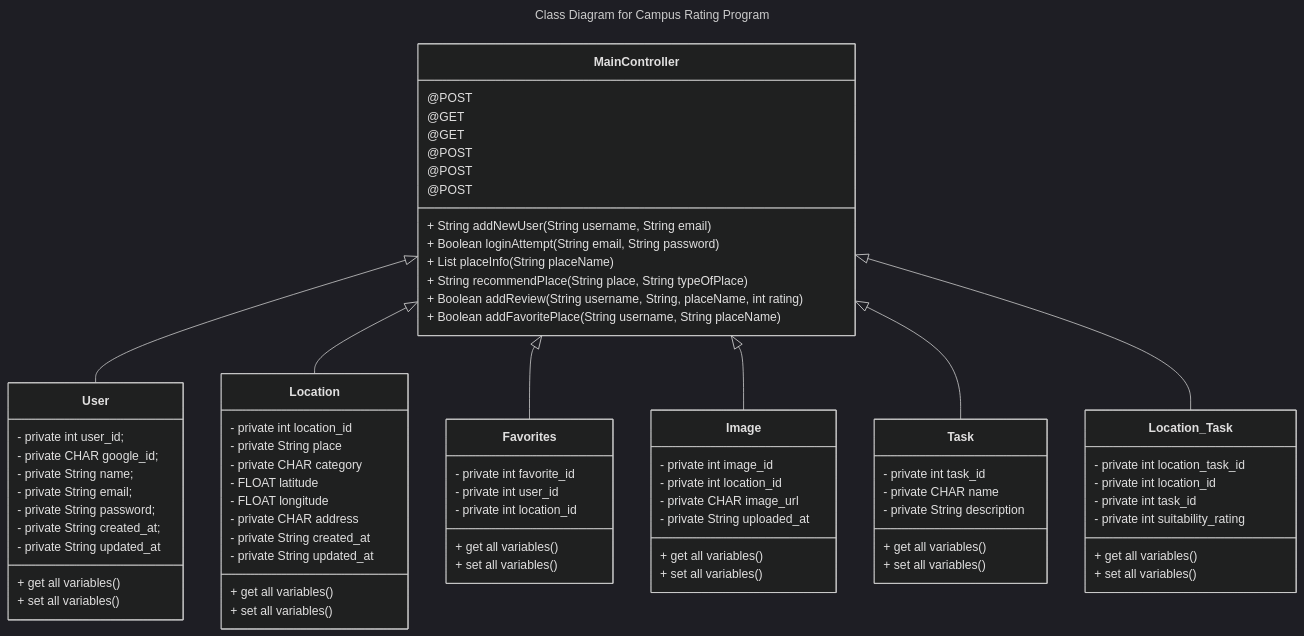
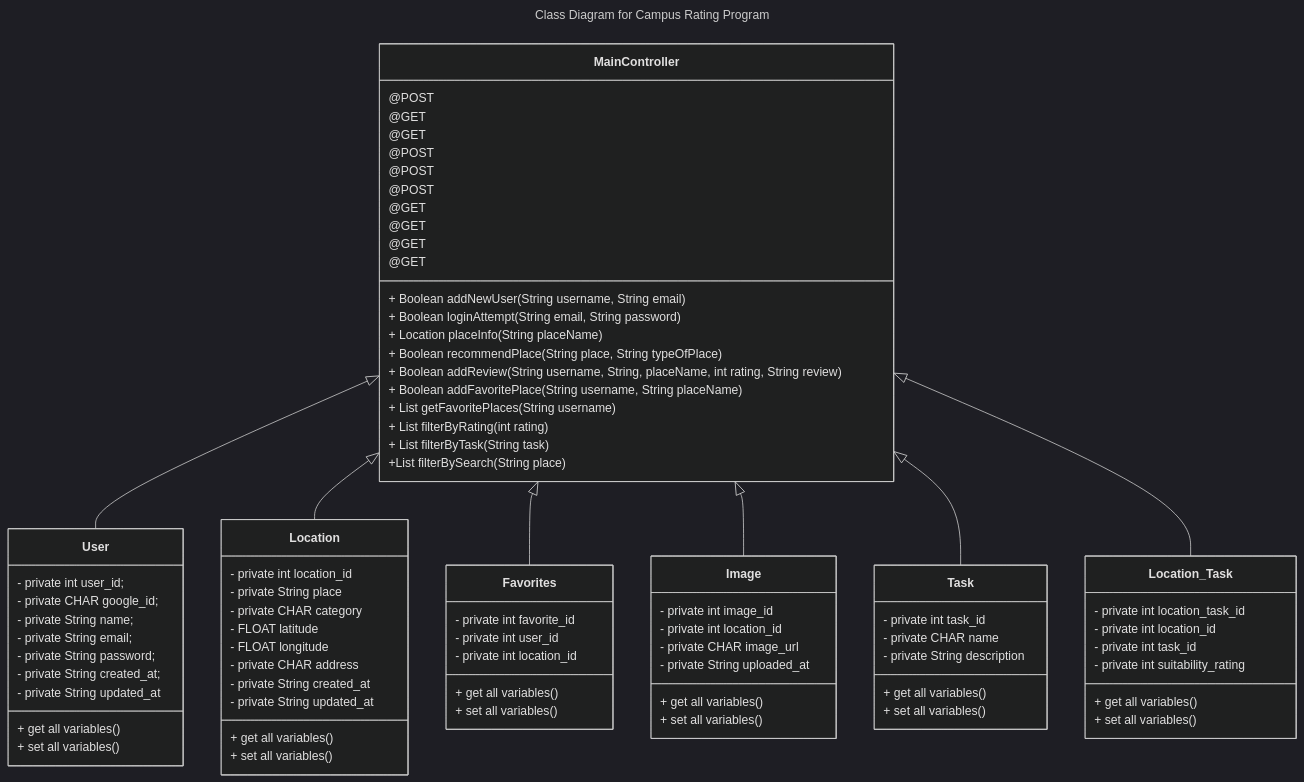
Before and after one commit to bjrodrigu/Project_08: the third of 6 diagrams in README.md, drawn with Mermaid (dark theme).

Commit message:
added more features to main controller

```diff
--- a/README.md
+++ b/README.md
@@ -206,17 +206,25 @@
     }
     class MainController {
         @POST
-        + String addNewUser(String username, String email)
+        + Boolean addNewUser(String username, String email)
         @GET
         + Boolean loginAttempt(String email, String password)
         @GET
-        + List<String> placeInfo(String placeName)
+        + Location placeInfo(String placeName)
         @POST
-        + String recommendPlace(String place, String typeOfPlace)
+        + Boolean recommendPlace(String place, String typeOfPlace)
         @POST
-        + Boolean addReview(String username, String, placeName, int rating)
+        + Boolean addReview(String username, String, placeName, int rating, String review)
         @POST
         + Boolean addFavoritePlace(String username, String placeName)
+        @GET
+        + List<Location> getFavoritePlaces(String username)
+        @GET
+        + List<Location> filterByRating(int rating)
+        @GET
+        + List<Location> filterByTask(String task)
+        @GET
+        +List<Location> filterBySearch(String place)
     }
     MainController <|-- User
     MainController <|-- Location
```
